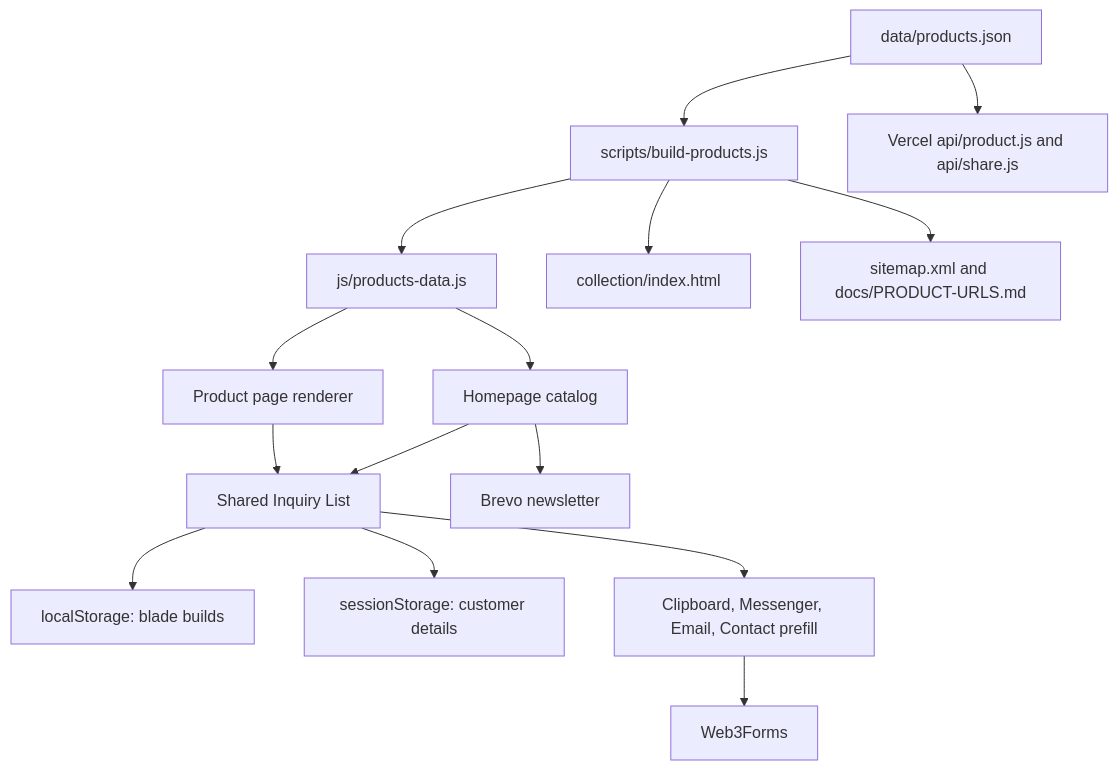
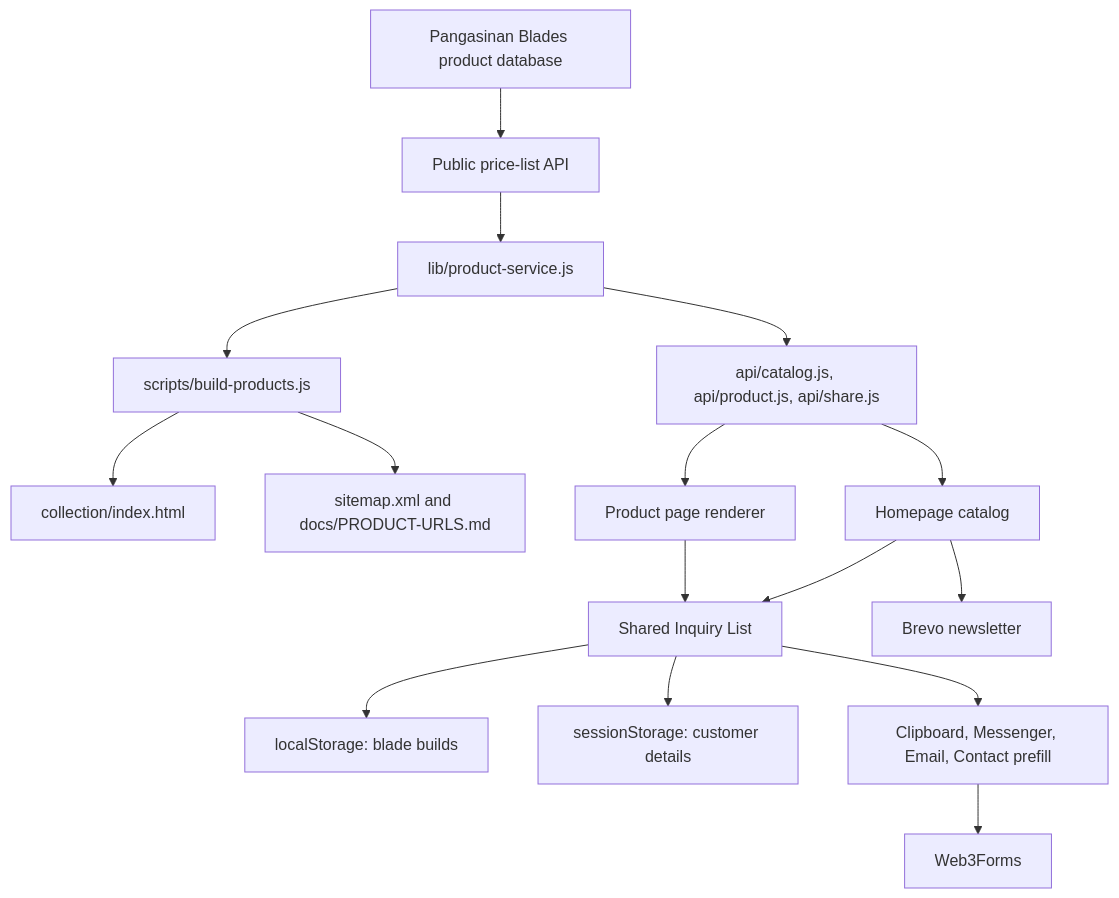
Before and after one commit to bsitcabua/pangasinan-blades: the first of 2 diagrams in docs/WEB_APPLICATION_DOCUMENTATION.md, drawn with Mermaid. The commit also changed other lines of this file and 18 other files, not shown here.

First line of the commit message:
feat: migrate product catalog from JSON to database API

````diff
--- a/docs/WEB_APPLICATION_DOCUMENTATION.md
+++ b/docs/WEB_APPLICATION_DOCUMENTATION.md
@@ -128,17 +127,18 @@
 ```mermaid
 flowchart TD
-    JSON["data/products.json"] --> BUILD["scripts/build-products.js"]
-    BUILD --> DATA["js/products-data.js"]
+    DB["Pangasinan Blades product database"] --> REMOTE["Public price-list API"]
+    REMOTE --> SERVICE["lib/product-service.js"]
+    SERVICE --> BUILD["scripts/build-products.js"]
     BUILD --> PAGE["collection/index.html"]
     BUILD --> MAP["sitemap.xml and docs/PRODUCT-URLS.md"]
-    DATA --> HOME["Homepage catalog"]
-    DATA --> PRODUCT["Product page renderer"]
-    JSON --> API["Vercel api/product.js and api/share.js"]
+    SERVICE --> APIS["api/catalog.js, api/product.js, api/share.js"]
+    APIS --> HOME["Homepage catalog"]
+    APIS --> PRODUCT["Product page renderer"]
     HOME --> STORE["Shared Inquiry List"]
     PRODUCT --> STORE
     STORE --> LOCAL["localStorage: blade builds"]
     STORE --> SESSION["sessionStorage: customer details"]
     STORE --> CHANNELS["Clipboard, Messenger, Email, Contact prefill"]
     CHANNELS --> WEB3["Web3Forms"]
     HOME --> BREVO["Brevo newsletter"]
 ```
````
